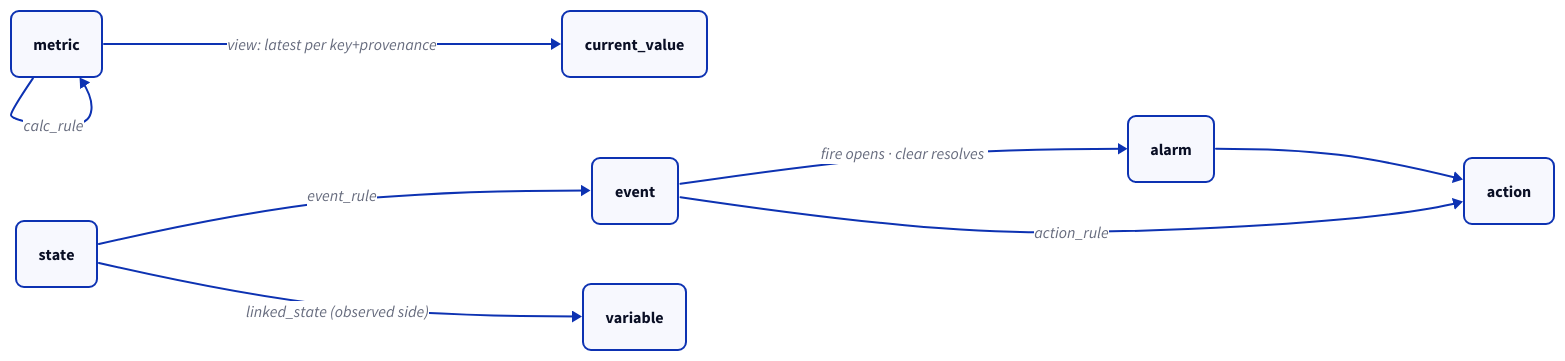
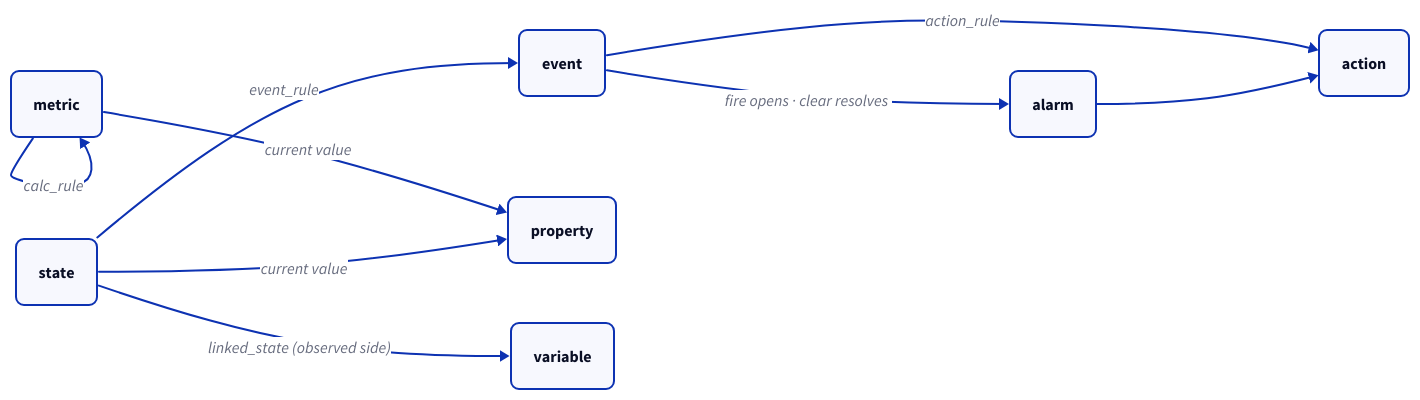
Before and after one commit to hyperscaleav/omniglass: the diagram in docs/src/content/docs/architecture/storage.md, drawn with D2. The commit also changed other lines of this file and 35 other files, not shown here.

First line of the commit message:
docs: reframe the value model to property, sample, and current value

````diff
--- a/docs/src/content/docs/architecture/storage.md
+++ b/docs/src/content/docs/architecture/storage.md
@@ -91,18 +93,19 @@
 ```d2
 direction: right
 classes: { node: { style.border-radius: 8 } }
 metric: metric { class: node }
 state: state { class: node }
 event: event { class: node }
 alarm: alarm { class: node }
 action: action { class: node }
-current: current_value { class: node }
+property: property { class: node }
 variable: variable { class: node }
 metric -> metric: calc_rule
 state -> event: event_rule
 event -> alarm: fire opens · clear resolves
 event -> action: action_rule
 alarm -> action
-metric -> current: view: latest per key+provenance
+metric -> property: current value
+state -> property: current value
 state -> variable: linked_state (observed side)
 ```
````
